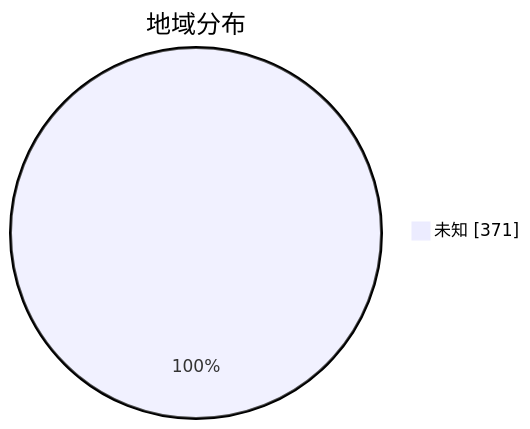
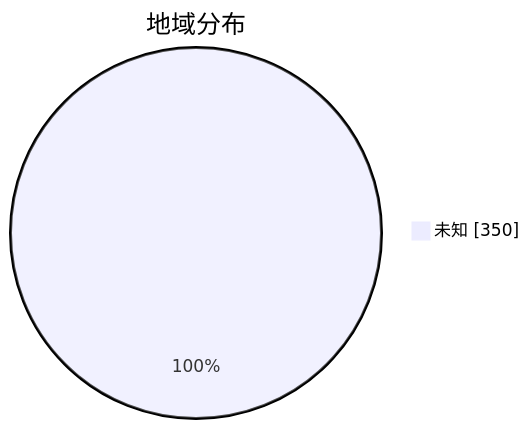
One commit to qjlxg/airport changed the second of 3 diagrams in subs/statistics/tested_within.md. Above: the diagram before and after it, drawn with Mermaid. The commit also changed other lines of this file and 2 other files, not shown here.

````diff
--- a/subs/statistics/tested_within.md
+++ b/subs/statistics/tested_within.md
@@ -15,5 +14,5 @@
 ```mermaid
 pie showData
 title 地域分布
-"未知" : 371
+"未知" : 350
 ```
````
